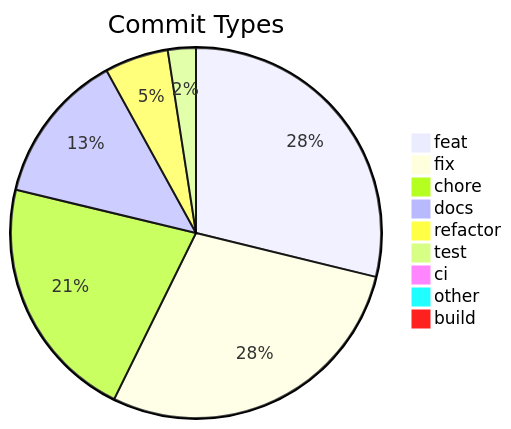
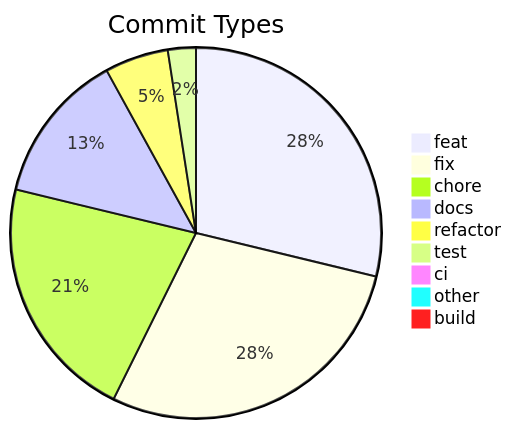
The diagram in .shipwright/compliance/change-history.md (svenroth-ai/shipwright), drawn with Mermaid before and after one commit. The commit also changed other lines of this file and 29 other files, not shown here.

````diff
--- a/.shipwright/compliance/change-history.md
+++ b/.shipwright/compliance/change-history.md
@@ -8,12 +8,12 @@
 ```mermaid
 pie title Commit Types
     "feat" : 259
-    "fix" : 256
+    "fix" : 257
     "chore" : 193
     "docs" : 119
     "refactor" : 50
     "test" : 22
     "ci" : 7
     "other" : 7
     "build" : 1
 ```
````
